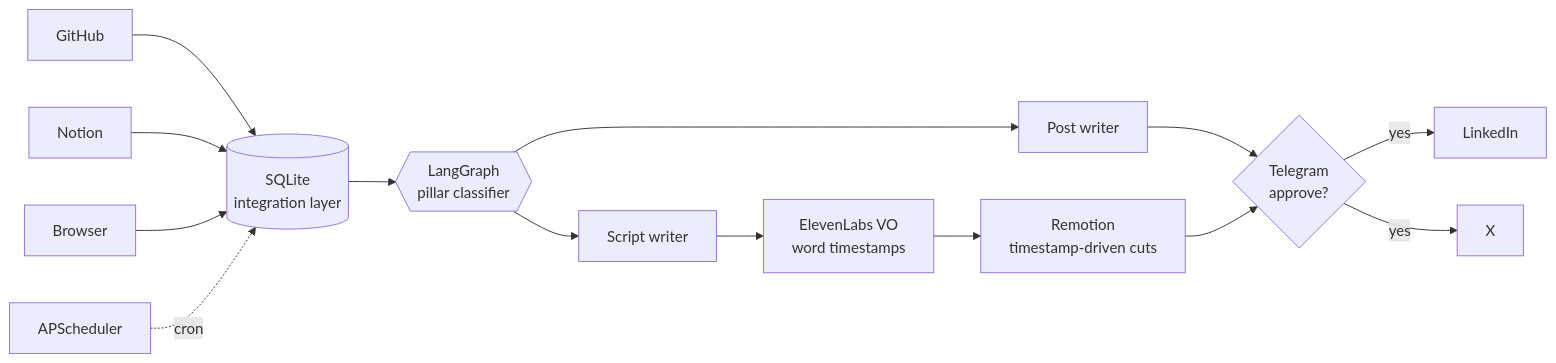
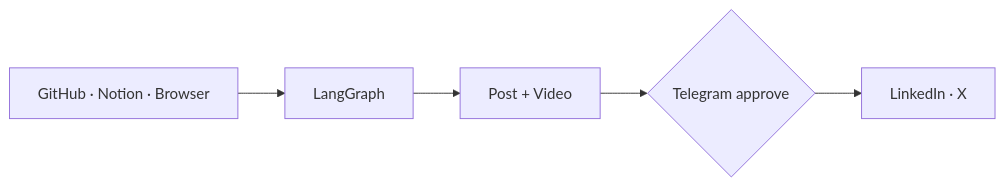
Before and after one commit to Vamsi-027/Vamsi-027: the first of 2 diagrams in README.md, drawn with Mermaid. The commit also changed other lines of this file, not shown here.

````diff
--- a/README.md
+++ b/README.md
@@ -35,16 +45,7 @@
 ```mermaid
 flowchart LR
-    A[GitHub] --> C
-    B[Notion] --> C
-    X[Browser] --> C
-    C[(SQLite<br/>integration layer)] --> D{{LangGraph<br/>pillar classifier}}
-    D --> E[Post writer]
-    D --> F[Script writer]
-    F --> G[ElevenLabs VO<br/>word timestamps]
-    G --> H[Remotion<br/>timestamp-driven cuts]
-    E --> I{Telegram<br/>approve?}
-    H --> I
-    I -->|yes| J[LinkedIn]
-    I -->|yes| K[X]
-    S[APScheduler] -.cron.-> C
+    A[GitHub · Notion · Browser] --> B[LangGraph]
+    B --> C[Post + Video]
+    C --> D{Telegram approve}
+    D --> E[LinkedIn · X]
 ```
````
